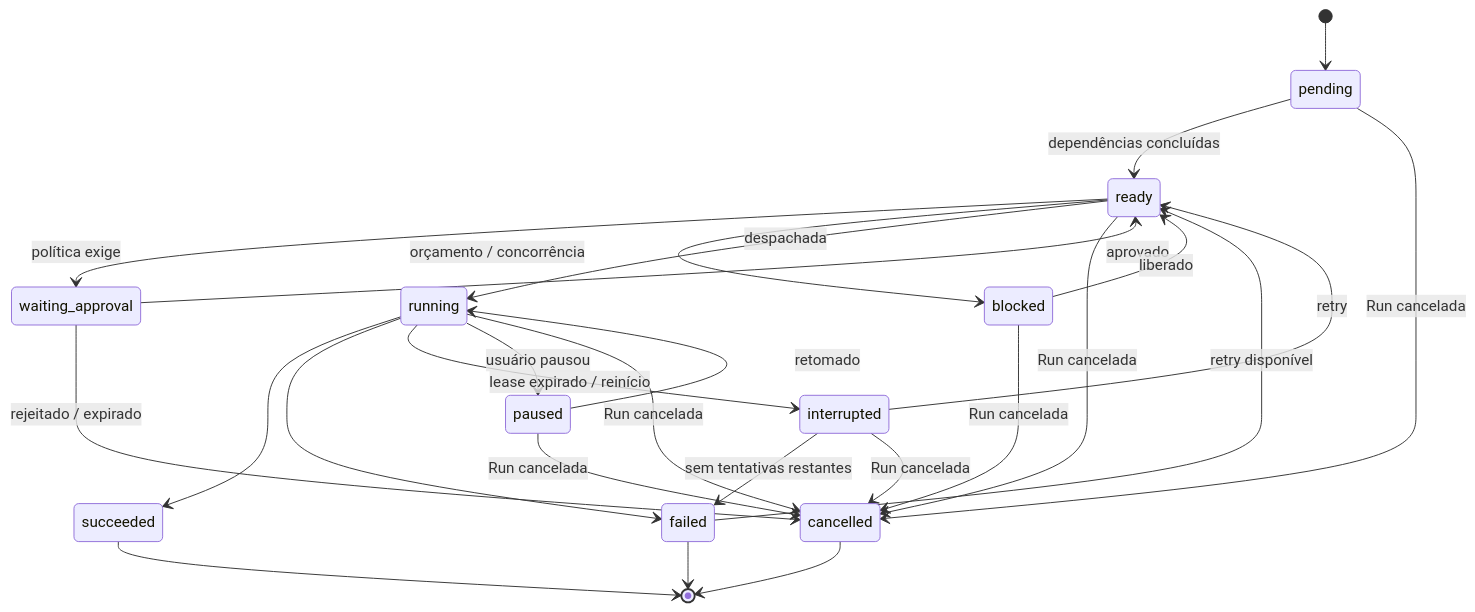
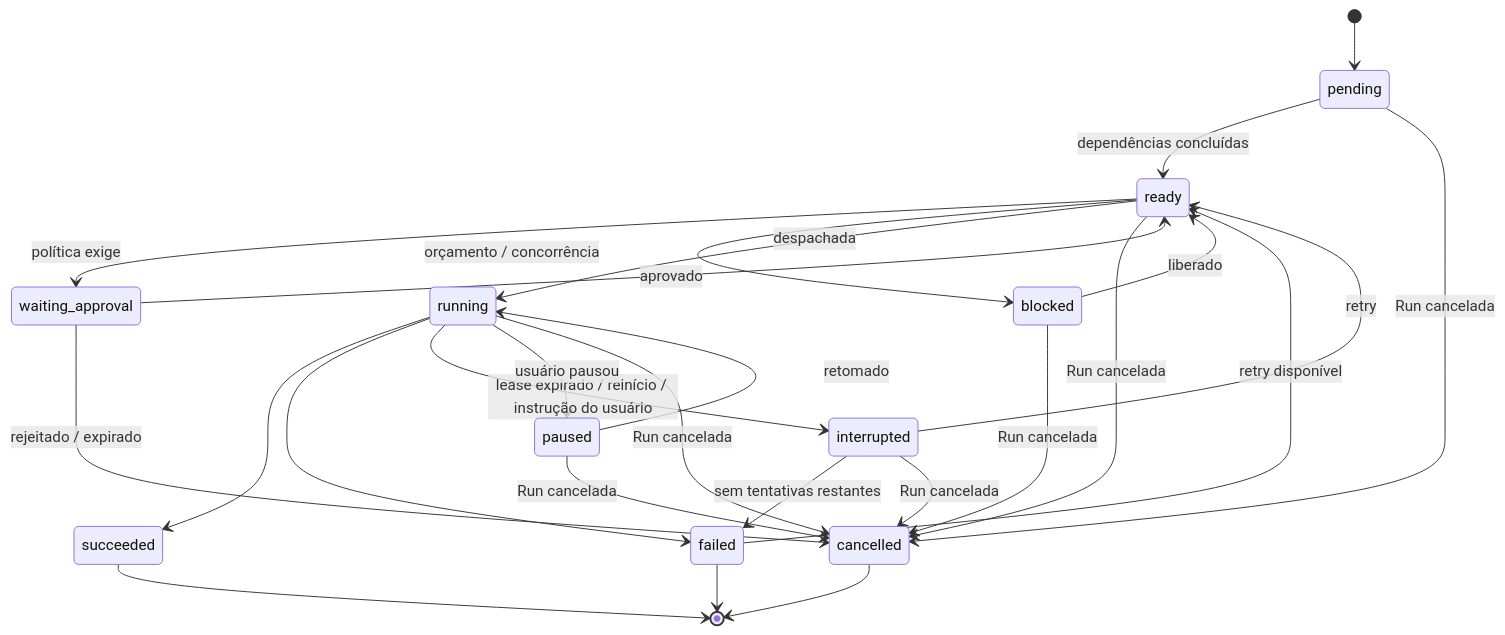
Before and after one commit to nadezhdkov/nav: the sixth of 6 diagrams in docs/navarch-especificacao.md, drawn with Mermaid. The commit also changed other lines of this file and 2 other files, not shown here.

````diff
--- a/docs/navarch-especificacao.md
+++ b/docs/navarch-especificacao.md
@@ -863,28 +863,28 @@
 ```mermaid
 stateDiagram-v2
     [*] --> pending
     pending --> ready: dependências concluídas
     ready --> waiting_approval: política exige
     waiting_approval --> ready: aprovado
     waiting_approval --> cancelled: rejeitado / expirado
     ready --> blocked: orçamento / concorrência
     blocked --> ready: liberado
     ready --> running: despachada
     running --> succeeded
     running --> failed
-    running --> interrupted: lease expirado / reinício
+    running --> interrupted: lease expirado / reinício / instrução do usuário
     interrupted --> ready: retry
     failed --> ready: retry disponível
     failed --> [*]
     succeeded --> [*]
     cancelled --> [*]
     running --> paused: usuário pausou
     paused --> running: retomado
     pending --> cancelled: Run cancelada
     ready --> cancelled: Run cancelada
     blocked --> cancelled: Run cancelada
     running --> cancelled: Run cancelada
     paused --> cancelled: Run cancelada
     interrupted --> failed: sem tentativas restantes
     interrupted --> cancelled: Run cancelada
 ```
````
